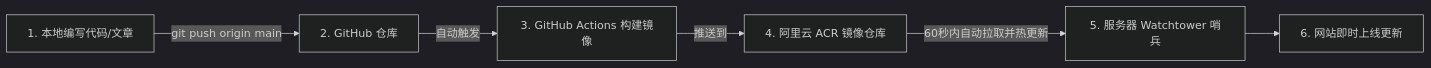
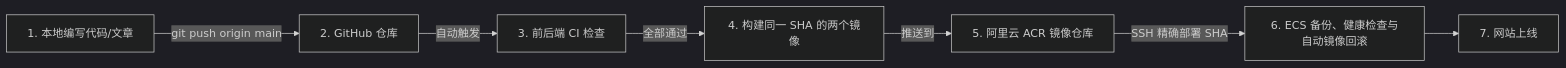
One commit to lka-top/mystic-garden changed the first of 2 diagrams in docs/MAINTENANCE.md. Above: the diagram before and after it, drawn with Mermaid (dark theme). The commit also changed other lines of this file and 9 other files, not shown here.

````diff
--- a/docs/MAINTENANCE.md
+++ b/docs/MAINTENANCE.md
@@ -28,8 +28,9 @@
 ```mermaid
 flowchart LR
     A[1. 本地编写代码/文章] -->|git push origin main| B[2. GitHub 仓库]
-    B -->|自动触发| C[3. GitHub Actions 构建镜像]
-    C -->|推送到| D[4. 阿里云 ACR 镜像仓库]
-    D -->|60秒内自动拉取并热更新| E[5. 服务器 Watchtower 哨兵]
-    E --> F[6. 网站即时上线更新]
+    B -->|自动触发| C[3. 前后端 CI 检查]
+    C -->|全部通过| D[4. 构建同一 SHA 的两个镜像]
+    D -->|推送到| E[5. 阿里云 ACR 镜像仓库]
+    E -->|SSH 精确部署 SHA| F[6. ECS 备份、健康检查与自动镜像回滚]
+    F --> G[7. 网站上线]
 ```
````
